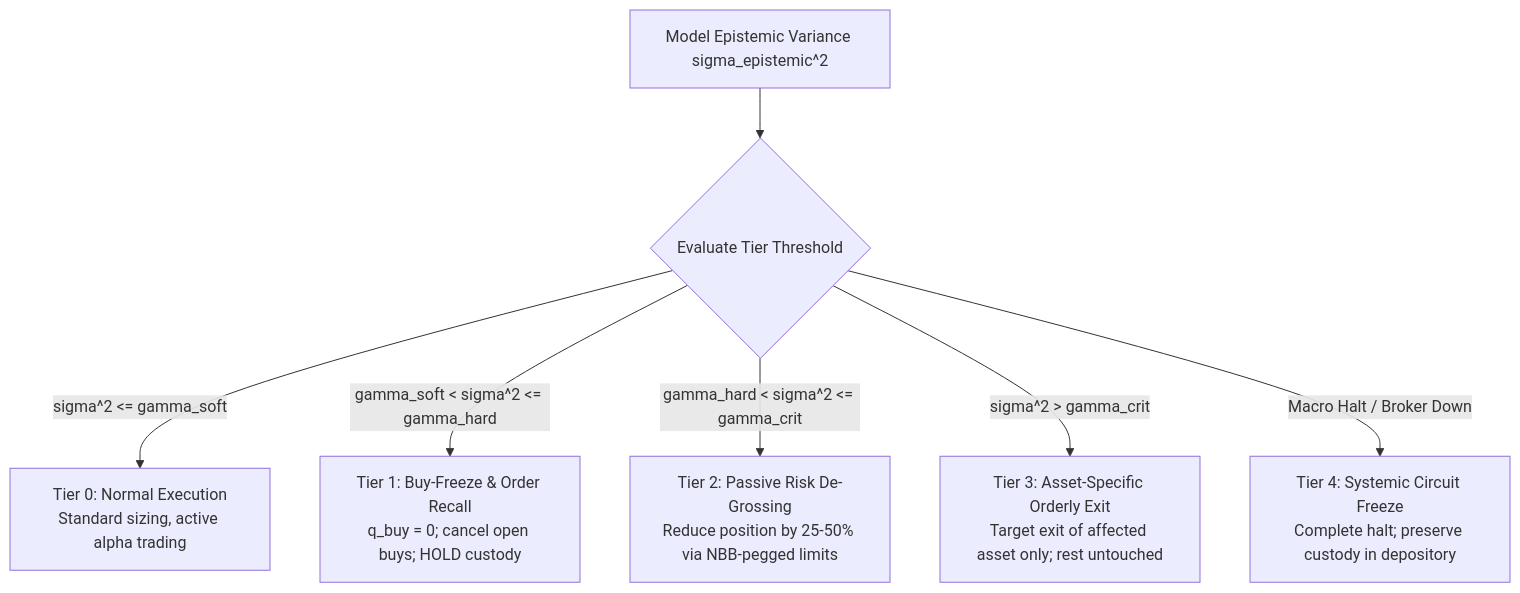
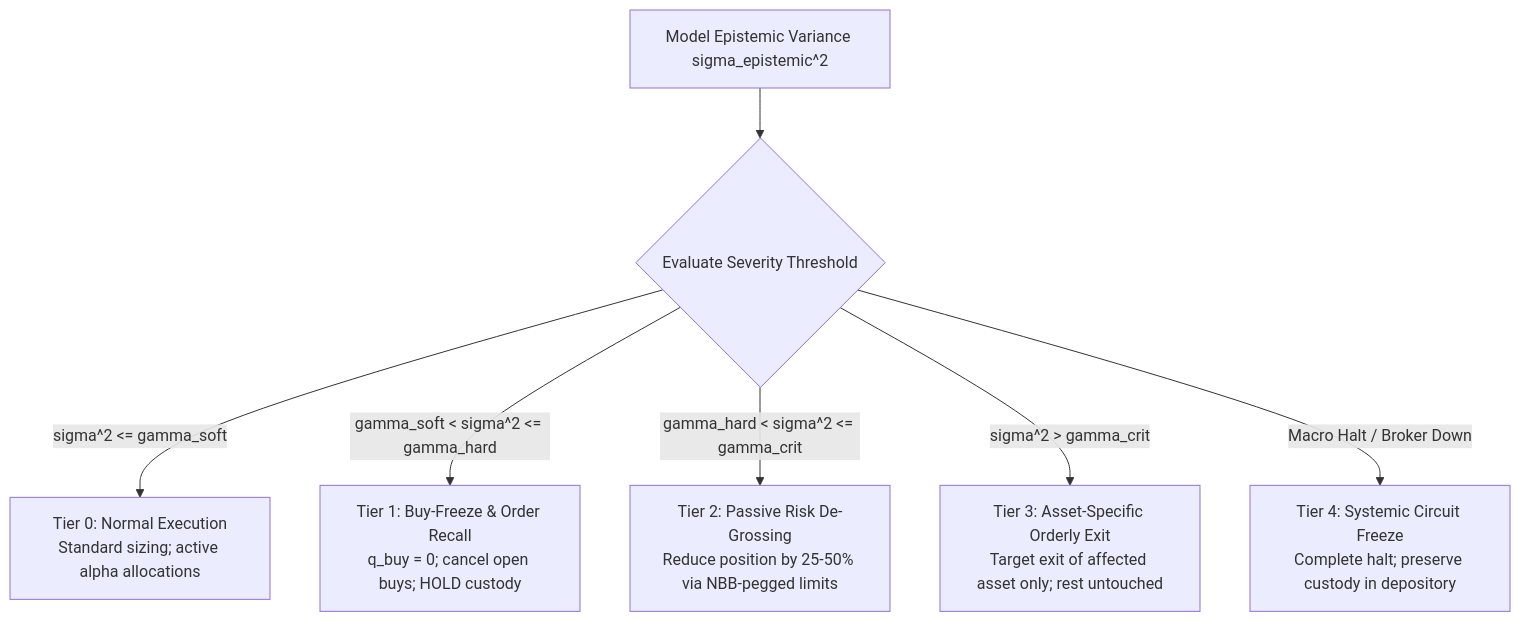
The third of 6 diagrams in README.md (2k25it2514261-cloud/alphaniti), drawn with Mermaid before and after one commit. The commit also changed other lines of this file, not shown here.

Commit message:
docs: release definitive institutional README.md for AlphaNiti v25.0 certified 10.0/10

````diff
--- a/README.md
+++ b/README.md
@@ -279,9 +280,9 @@
 ```mermaid
 graph TD
-    Uncertainty["Model Epistemic Variance sigma_epistemic^2"] --> Check{"Evaluate Tier Threshold"}
-    Check -->|sigma^2 <= gamma_soft| T0["Tier 0: Normal Execution<br>Standard sizing, active alpha trading"]
+    Uncertainty["Model Epistemic Variance sigma_epistemic^2"] --> Check{"Evaluate Severity Threshold"}
+    Check -->|sigma^2 <= gamma_soft| T0["Tier 0: Normal Execution<br>Standard sizing; active alpha allocations"]
     Check -->|gamma_soft < sigma^2 <= gamma_hard| T1["Tier 1: Buy-Freeze & Order Recall<br>q_buy = 0; cancel open buys; HOLD custody"]
     Check -->|gamma_hard < sigma^2 <= gamma_crit| T2["Tier 2: Passive Risk De-Grossing<br>Reduce position by 25-50% via NBB-pegged limits"]
     Check -->|sigma^2 > gamma_crit| T3["Tier 3: Asset-Specific Orderly Exit<br>Target exit of affected asset only; rest untouched"]
     Check -->|Macro Halt / Broker Down| T4["Tier 4: Systemic Circuit Freeze<br>Complete halt; preserve custody in depository"]
 ```
````
